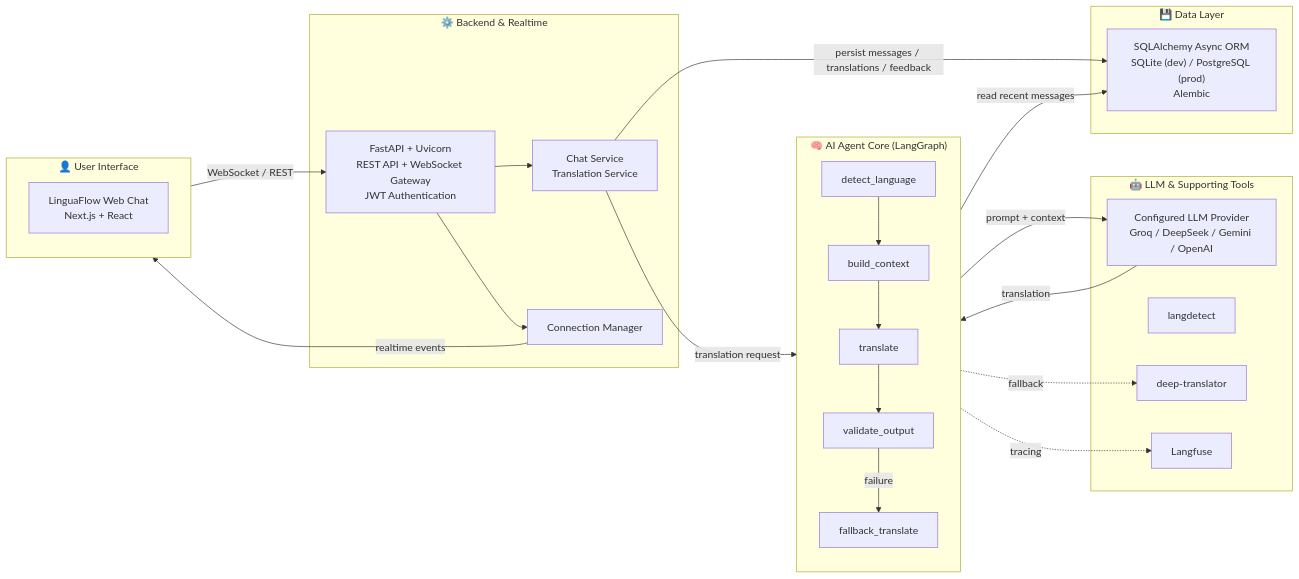
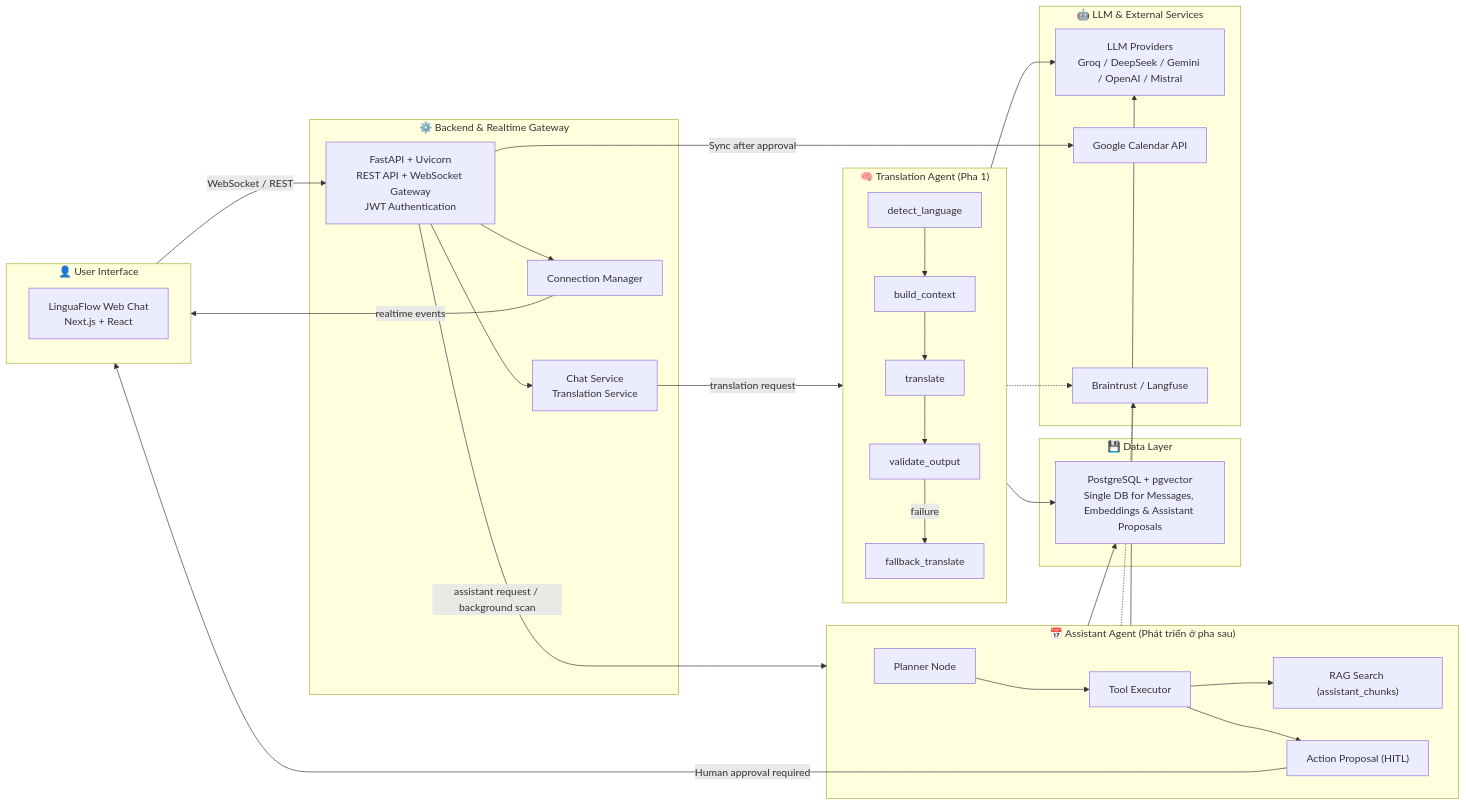
One commit to minh20003/linguaflow-ai changed the diagram in docs/gate2_architecture.md. Above: the diagram before and after it, drawn with Mermaid. The commit also changed other lines of this file and 12 other files, not shown here.

Commit message:
docs: standardize 10/10 deliverables structure, architecture diagrams and assistant agent documentation per chapter-09

````diff
--- a/docs/gate2_architecture.md
+++ b/docs/gate2_architecture.md
@@ -7,45 +12,56 @@
 ```mermaid
 flowchart LR
     subgraph UI["👤 User Interface"]
         FE["LinguaFlow Web Chat<br/>Next.js + React"]
     end
 
-    subgraph BE["⚙️ Backend & Realtime"]
+    subgraph BE["⚙️ Backend & Realtime Gateway"]
         API["FastAPI + Uvicorn<br/>REST API + WebSocket Gateway<br/>JWT Authentication"]
         CHAT["Chat Service<br/>Translation Service"]
         CONN["Connection Manager"]
     end
 
-    subgraph AGENT["🧠 AI Agent Core (LangGraph)"]
+    subgraph AGENT1["🧠 Translation Agent (Pha 1)"]
         DETECT["detect_language"]
         CONTEXT["build_context"]
         TRANSLATE["translate"]
         VALIDATE["validate_output"]
         FALLBACK["fallback_translate"]
         DETECT --> CONTEXT --> TRANSLATE --> VALIDATE
         VALIDATE -->|failure| FALLBACK
     end
 
-    subgraph AI["🤖 LLM & Supporting Tools"]
-        LLM["Configured LLM Provider<br/>Groq / DeepSeek / Gemini / OpenAI"]
-        LANGDETECT["langdetect"]
-        DEEPTRANS["deep-translator"]
-        LANGFUSE["Langfuse"]
+    subgraph AGENT2["📅 Assistant Agent (Phát triển ở pha sau)"]
+        PLANNER["Planner Node"]
+        EXECUTOR["Tool Executor"]
+        RAG["RAG Search (assistant_chunks)"]
+        PROPOSE["Action Proposal (HITL)"]
+        PLANNER --> EXECUTOR --> RAG
+        EXECUTOR --> PROPOSE
     end
 
     subgraph DATA["💾 Data Layer"]
-        DB["SQLAlchemy Async ORM<br/>SQLite (dev) / PostgreSQL (prod)<br/>Alembic"]
+        DB["PostgreSQL + pgvector<br/>Single DB for Messages, Embeddings & Assistant Proposals"]
+    end
+
+    subgraph AI["🤖 LLM & External Services"]
+        LLM["LLM Providers<br/>Groq / DeepSeek / Gemini / OpenAI / Mistral"]
+        GCAL["Google Calendar API"]
+        TRACE["Braintrust / Langfuse"]
     end
 
     UI -->|"WebSocket / REST"| API
     API --> CHAT
     API --> CONN
     CONN -->|"realtime events"| UI
-    CHAT -->|"translation request"| AGENT
-    AGENT -->|"prompt + context"| LLM
-    LLM -->|"translation"| AGENT
-    AGENT -->|"read recent messages"| DB
-    CHAT -->|"persist messages / translations / feedback"| DB
-    AGENT -.->|"tracing"| LANGFUSE
-    AGENT -.->|"fallback"| DEEPTRANS
+    CHAT -->|"translation request"| AGENT1
+    API -->|"assistant request / background scan"| AGENT2
+    AGENT1 --> LLM
+    AGENT2 --> LLM
+    AGENT1 --> DB
+    AGENT2 --> DB
+    PROPOSE -->|"Human approval required"| UI
+    API -->|"Sync after approval"| GCAL
+    AGENT1 -.-> TRACE
+    AGENT2 -.-> TRACE
 ```
````
